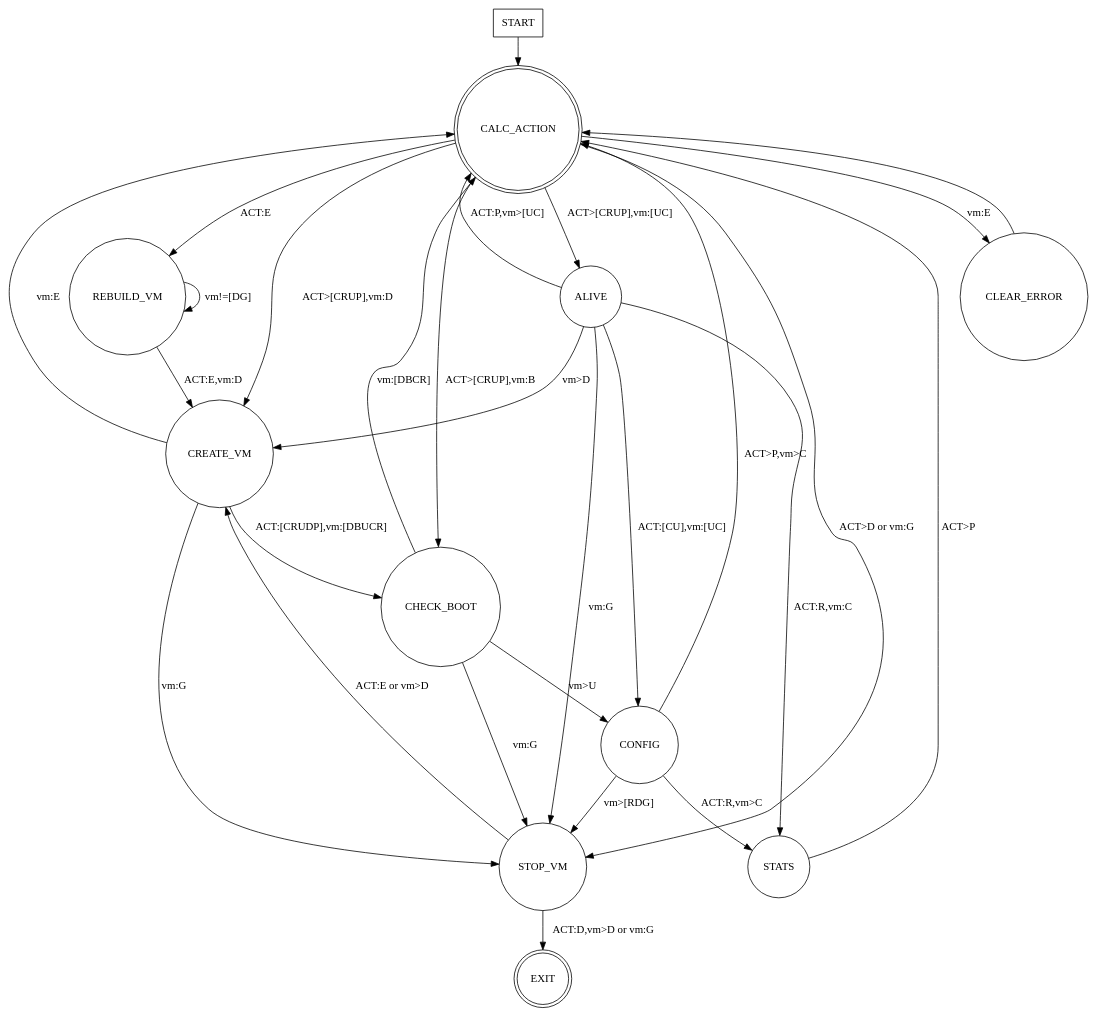
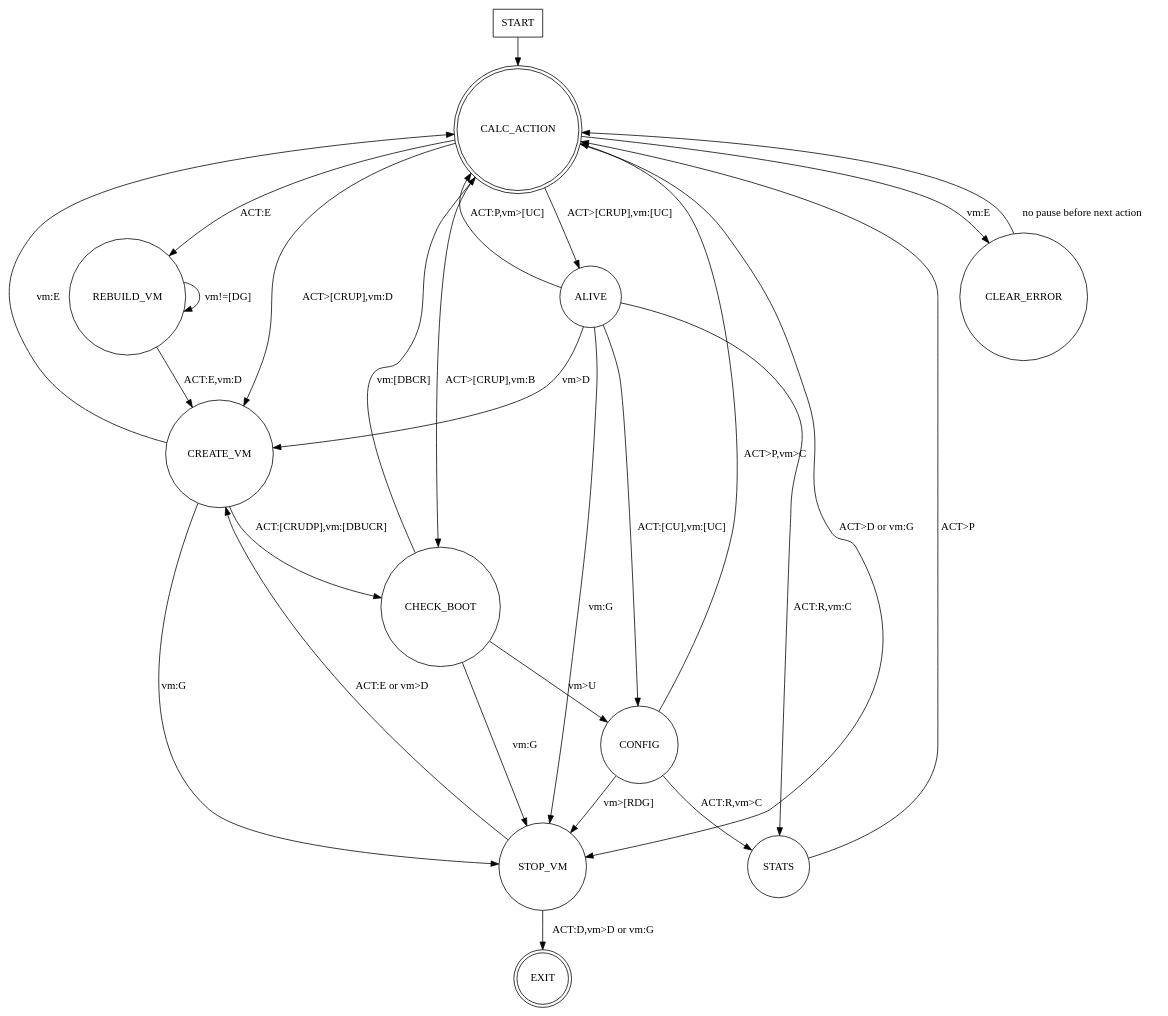
One commit to openstack-archive/astara changed the diagram in doc/source/state_machine.dot. Above: the diagram before and after it, drawn with Graphviz. The commit also changed 2 other files, not shown here.

Commit message:
Make ClearError bypass second CalcAction
When CalcAction determines that the router has an error status, it
transitions to ClearError, which returns to CalcAction. Each time we
make it back to CalcAction, we yield control of the worker and have to
wait for another turn. Since we know we're going to re-compute the same
action, just pass it to ClearError and allow that state to transition
directly to the next real update, bypassing CalcAction.

```diff
--- a/doc/source/state_machine.dot
+++ b/doc/source/state_machine.dot
@@ -1,52 +1,52 @@
 digraph rug {
   // rankdir=LR;
 
   node [shape = rectangle];
   START;
 
   // These nodes enter and exit the state machine.
 
   node [shape = doublecircle];
   EXIT;
   CALC_ACTION;
 
   node [shape = circle];
 
   START -> CALC_ACTION;
 
   CALC_ACTION -> ALIVE [ label = "ACT>[CRUP],vm:[UC]" ];
   CALC_ACTION -> CREATE_VM [ label = "ACT>[CRUP],vm:D" ];
   CALC_ACTION -> CHECK_BOOT [ label = "ACT>[CRUP],vm:B" ];
   CALC_ACTION -> REBUILD_VM [ label = "ACT:E" ];
   CALC_ACTION -> STOP_VM [ label = "ACT>D or vm:G" ];
   CALC_ACTION -> CLEAR_ERROR [ label = "vm:E" ];
 
   ALIVE -> CREATE_VM [ label = "vm>D" ];
   ALIVE -> CONFIG [ label = "ACT:[CU],vm:[UC]" ];
   ALIVE -> STATS [ label = "ACT:R,vm:C" ];
   ALIVE -> CALC_ACTION [ label = "ACT:P,vm>[UC]" ];
   ALIVE -> STOP_VM [ label = "vm:G" ];
 
   CREATE_VM -> CHECK_BOOT [ label = "ACT:[CRUDP],vm:[DBUCR]" ];
   CREATE_VM -> STOP_VM [ label = "vm:G" ];
   CREATE_VM -> CALC_ACTION [ label = "vm:E" ];
 
   CHECK_BOOT -> CONFIG [ label = "vm>U" ];
   CHECK_BOOT -> CALC_ACTION [ label = "vm:[DBCR]" ];
   CHECK_BOOT -> STOP_VM [ label = "vm:G" ];
 
   CONFIG -> STATS [ label = "ACT:R,vm>C" ];
   CONFIG -> CALC_ACTION [ label = "ACT>P,vm>C" ];
   CONFIG -> STOP_VM [ label = "vm>[RDG]" ];
 
   STATS -> CALC_ACTION [ label = "ACT>P" ];
 
-  CLEAR_ERROR -> CALC_ACTION;
+  CLEAR_ERROR -> CALC_ACTION [ label = "no pause before next action" ];
 
   REBUILD_VM -> REBUILD_VM [ label = "vm!=[DG]" ];
   REBUILD_VM -> CREATE_VM [ label = "ACT:E,vm:D" ];
 
   STOP_VM -> CREATE_VM [ label = "ACT:E or vm>D" ];
   STOP_VM -> EXIT [ label = "ACT:D,vm>D or vm:G" ];
 
 }
```
